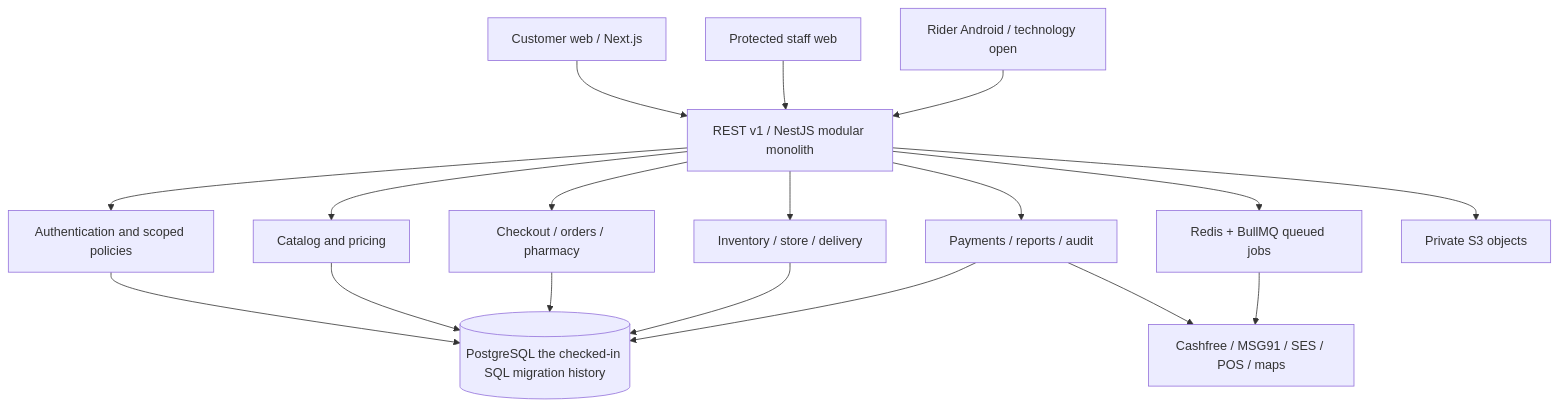
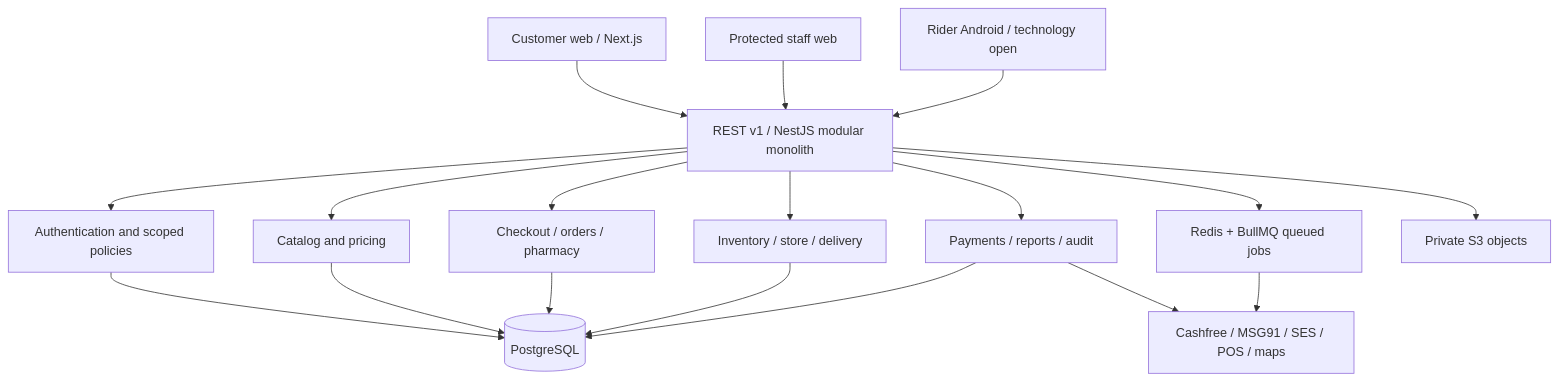
The diagram in 02-Architecture/System-HLD.md (shiladityamajumder/pharmville-docs), drawn with Mermaid before and after one commit. The commit also changed other lines of this file and 158 other files, not shown here.

Commit message:
docs: add business guides, fix Mermaid diagrams, improve traceability and automate validation

````diff
--- a/02-Architecture/System-HLD.md
+++ b/02-Architecture/System-HLD.md
@@ -9,16 +9,16 @@
 ```mermaid
 flowchart TB
  C[Customer web / Next.js] --> API[REST v1 / NestJS modular monolith]
  A[Protected staff web] --> API
  R[Rider Android / technology open] --> API
  API --> IAM[Authentication and scoped policies]
  API --> CAT[Catalog and pricing]
  API --> OMS[Checkout / orders / pharmacy]
  API --> OPS[Inventory / store / delivery]
  API --> FIN[Payments / reports / audit]
- IAM & CAT & OMS & OPS & FIN --> PG[(PostgreSQL the checked-in SQL migration history)]
+ IAM & CAT & OMS & OPS & FIN --> PG[(PostgreSQL)]
  API --> Q[Redis + BullMQ queued jobs]
  API --> FS[Private S3 objects]
  Q --> EXT[Cashfree / MSG91 / SES / POS / maps]
  FIN --> EXT
 ```
````
